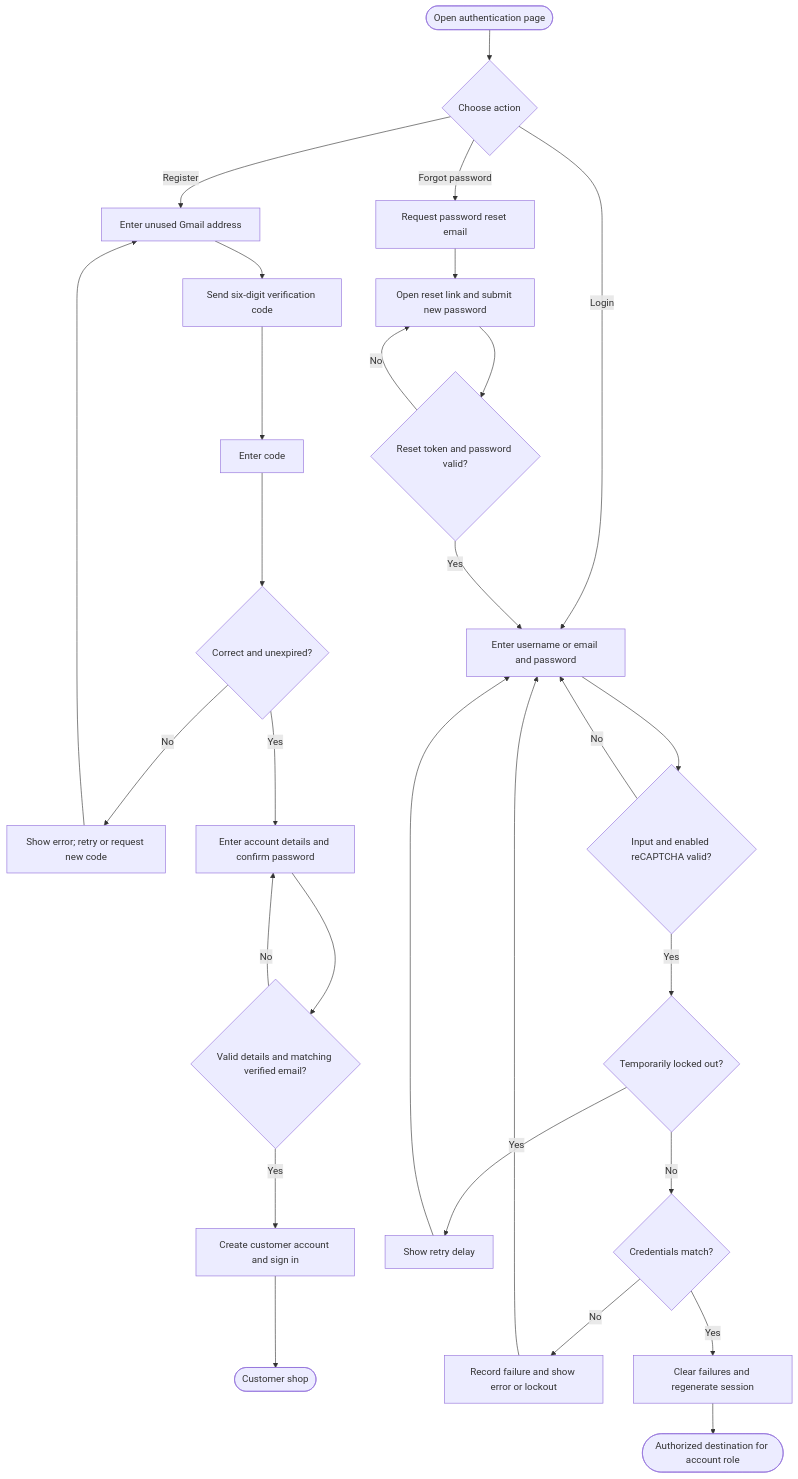
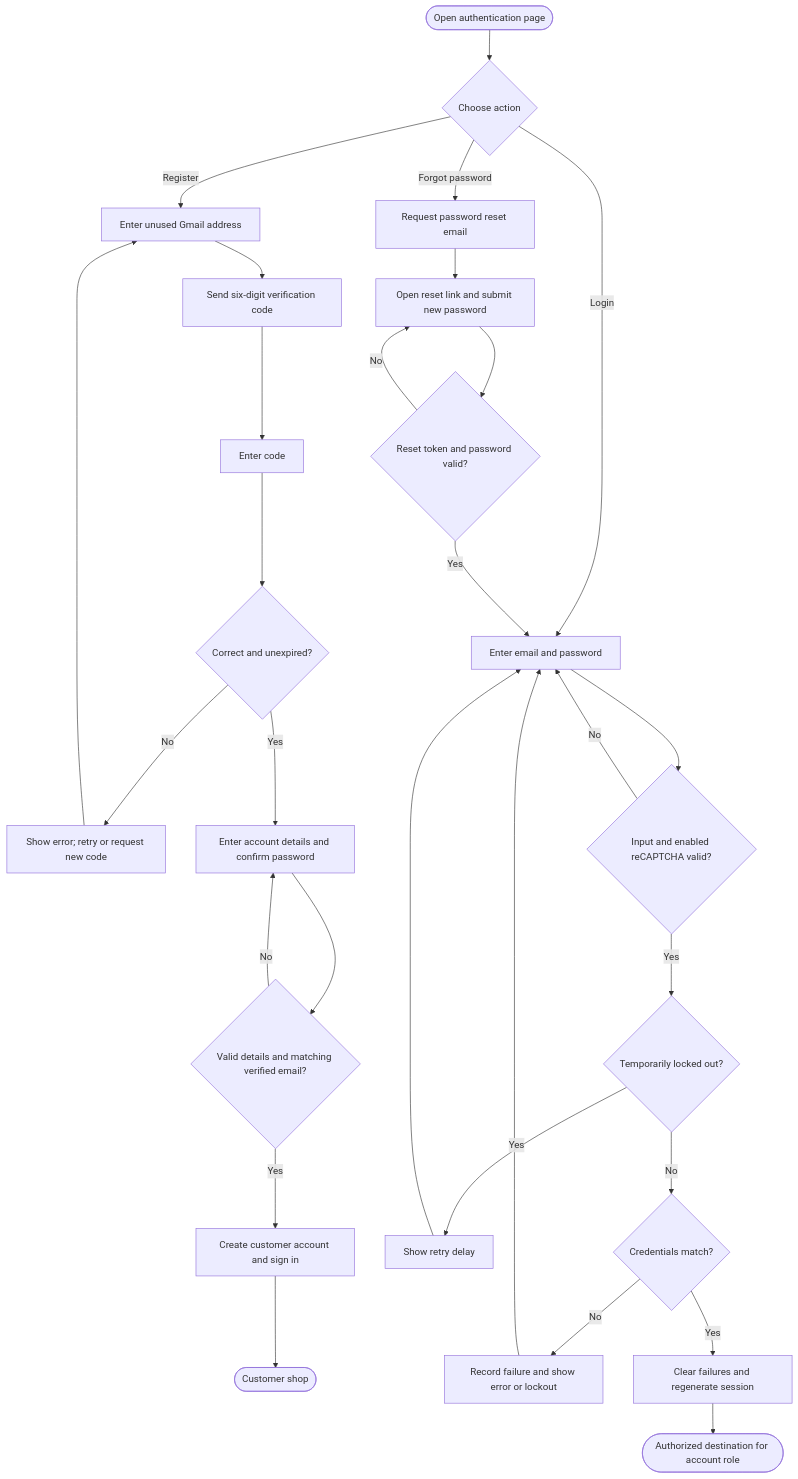
One commit to getcooked/kermits-POS changed the second of 6 diagrams in docs/SYSTEM_FLOWCHART.md. Above: the diagram before and after it, drawn with Mermaid. The commit also changed other lines of this file and 47 other files, not shown here.

````diff
--- a/docs/SYSTEM_FLOWCHART.md
+++ b/docs/SYSTEM_FLOWCHART.md
@@ -51,31 +51,31 @@
 ```mermaid
 flowchart TD
     Start([Open authentication page]) --> Action{Choose action}
     Action -->|Register| Email[Enter unused Gmail address]
     Email --> Send[Send six-digit verification code]
     Send --> Code[Enter code]
     Code --> Verified{Correct and unexpired?}
     Verified -->|No| Retry[Show error; retry or request new code]
     Retry --> Email
     Verified -->|Yes| Details[Enter account details and confirm password]
     Details --> FormOK{Valid details and matching verified email?}
     FormOK -->|No| Details
     FormOK -->|Yes| Create[Create customer account and sign in]
     Create --> Shop([Customer shop])
-    Action -->|Login| Credentials[Enter username or email and password]
+    Action -->|Login| Credentials[Enter email and password]
     Credentials --> InputOK{Input and enabled reCAPTCHA valid?}
     InputOK -->|No| Credentials
     InputOK -->|Yes| Locked{Temporarily locked out?}
     Locked -->|Yes| Wait[Show retry delay]
     Wait --> Credentials
     Locked -->|No| Match{Credentials match?}
     Match -->|No| Failure[Record failure and show error or lockout]
     Failure --> Credentials
     Match -->|Yes| Session[Clear failures and regenerate session]
     Session --> Destination([Authorized destination for account role])
     Action -->|Forgot password| Reset[Request password reset email]
     Reset --> Link[Open reset link and submit new password]
     Link --> Token{Reset token and password valid?}
     Token -->|No| Link
     Token -->|Yes| Credentials
 ```
````
